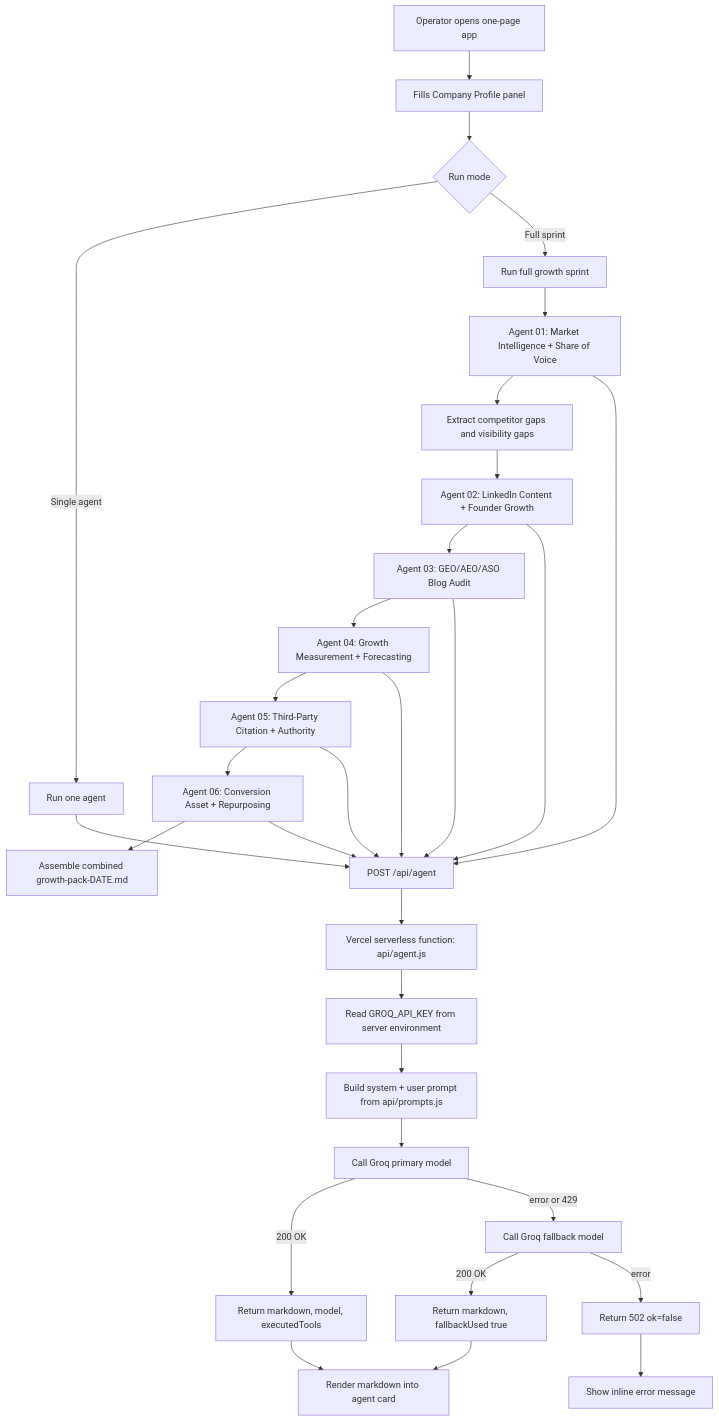
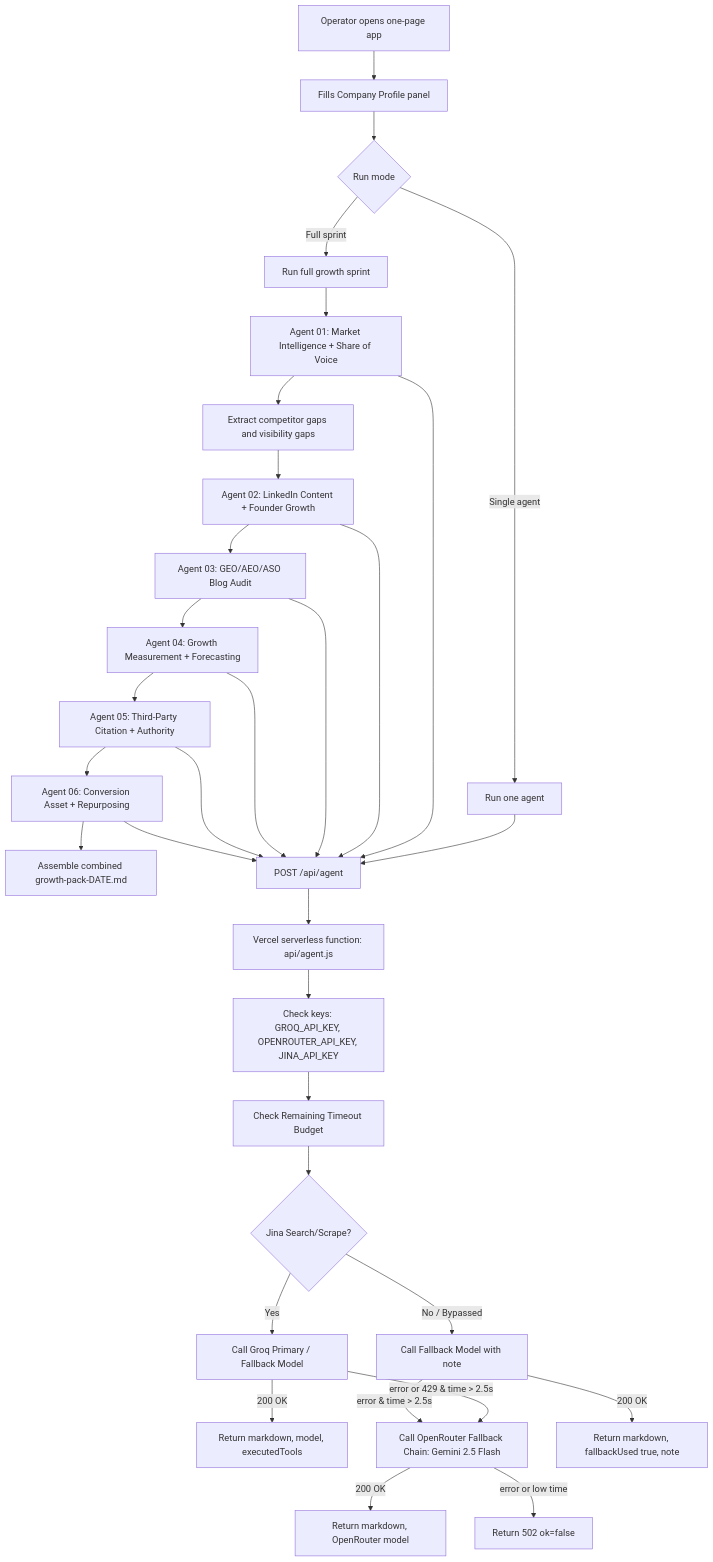
One commit to ShivUP32/ai-growth-engine-agent changed the diagram in docs/AGENT_FLOWS.md. Above: the diagram before and after it, drawn with Mermaid. The commit also changed other lines of this file and 8 other files, not shown here.

Commit message:
docs: sync PRD, Design, Flows, Setup and update workflow PDF, footer UI, and gitignore

````diff
--- a/docs/AGENT_FLOWS.md
+++ b/docs/AGENT_FLOWS.md
@@ -7,37 +7,37 @@
 ```mermaid
 flowchart TD
     U[Operator opens one-page app] --> CP[Fills Company Profile panel]
     CP --> RS{Run mode}
     RS -->|Single agent| RA[Run one agent]
     RS -->|Full sprint| FS[Run full growth sprint]
 
     FS --> A1[Agent 01: Market Intelligence + Share of Voice]
     A1 --> GAP[Extract competitor gaps and visibility gaps]
     GAP --> A2[Agent 02: LinkedIn Content + Founder Growth]
     A2 --> A3[Agent 03: GEO/AEO/ASO Blog Audit]
     A3 --> A4[Agent 04: Growth Measurement + Forecasting]
     A4 --> A5[Agent 05: Third-Party Citation + Authority]
     A5 --> A6[Agent 06: Conversion Asset + Repurposing]
     A6 --> PACK[Assemble combined growth-pack-DATE.md]
 
     RA --> CALL[POST /api/agent]
     A1 --> CALL
     A2 --> CALL
     A3 --> CALL
     A4 --> CALL
     A5 --> CALL
     A6 --> CALL
 
     CALL --> SRV[Vercel serverless function: api/agent.js]
-    SRV --> KEY[Read GROQ_API_KEY from server environment]
-    KEY --> BUILD[Build system + user prompt from api/prompts.js]
-    BUILD --> G1[Call Groq primary model]
+    SRV --> ENV[Check keys: GROQ_API_KEY, OPENROUTER_API_KEY, JINA_API_KEY]
+    ENV --> TIME[Check Remaining Timeout Budget]
+    TIME --> JINA{Jina Search/Scrape?}
+    JINA -->|Yes| G1[Call Groq Primary / Fallback Model]
+    JINA -->|No / Bypassed| G2[Call Fallback Model with note]
     G1 -->|200 OK| OUT1[Return markdown, model, executedTools]
-    G1 -->|error or 429| G2[Call Groq fallback model]
-    G2 -->|200 OK| OUT2[Return markdown, fallbackUsed true]
-    G2 -->|error| FAIL[Return 502 ok=false]
-
-    OUT1 --> UI[Render markdown into agent card]
-    OUT2 --> UI
-    FAIL --> ERRUI[Show inline error message]
+    G1 -->|error or 429 & time > 2.5s| OR[Call OpenRouter Fallback Chain: Gemini 2.5 Flash]
+    OR -->|200 OK| OUT2[Return markdown, OpenRouter model]
+    OR -->|error or low time| FAIL[Return 502 ok=false]
+    G2 -->|200 OK| OUT3[Return markdown, fallbackUsed true, note]
+    G2 -->|error & time > 2.5s| OR
 ```
````
